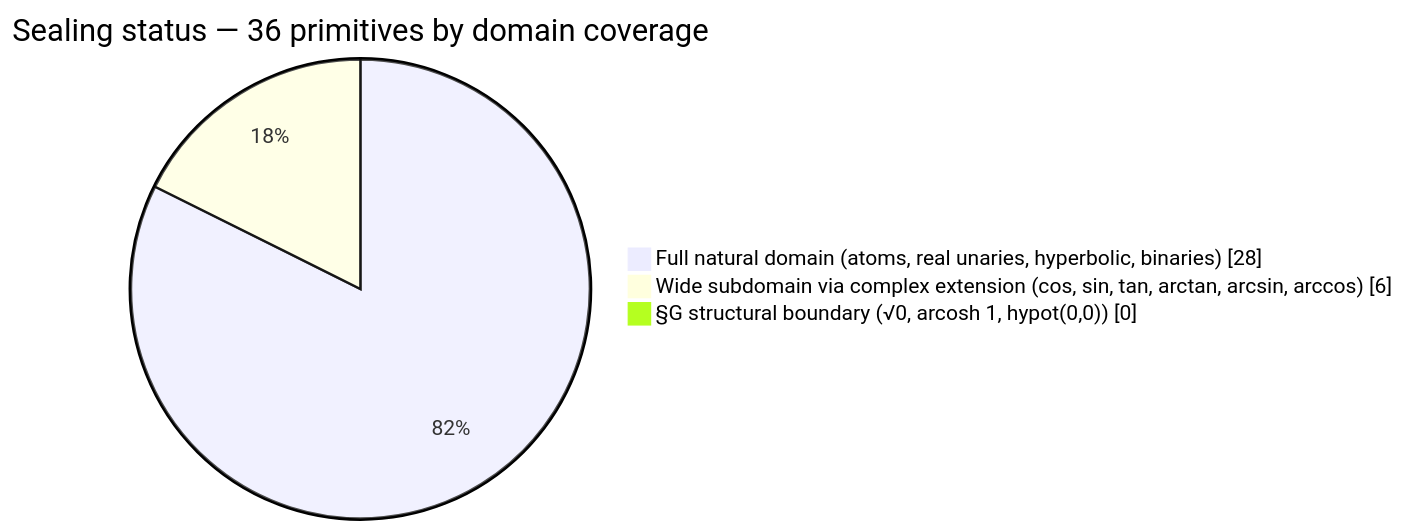
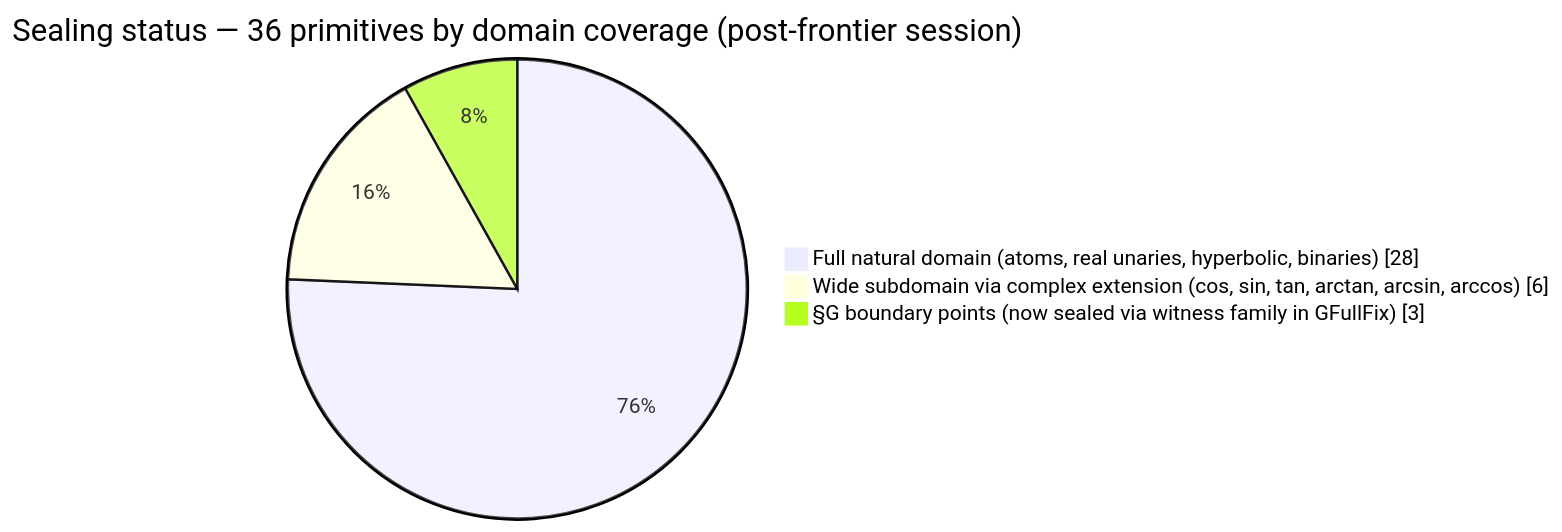
The first of 2 diagrams in DASHBOARD.md (nasqret/eml-formalization), drawn with Mermaid before and after one commit. The commit also changed other lines of this file and 5 other files, not shown here.

First line of the commit message:
Pre-announcement wrap-up: sync all reports to post-frontier state

````diff
--- a/DASHBOARD.md
+++ b/DASHBOARD.md
@@ -42,7 +50,7 @@
 ```mermaid
 pie showData
-    title Sealing status — 36 primitives by domain coverage
+    title Sealing status — 36 primitives by domain coverage (post-frontier session)
     "Full natural domain (atoms, real unaries, hyperbolic, binaries)" : 28
     "Wide subdomain via complex extension (cos, sin, tan, arctan, arcsin, arccos)" : 6
-    "§G structural boundary (√0, arcosh 1, hypot(0,0))" : 0
+    "§G boundary points (now sealed via witness family in GFullFix)" : 3
 ```
````
